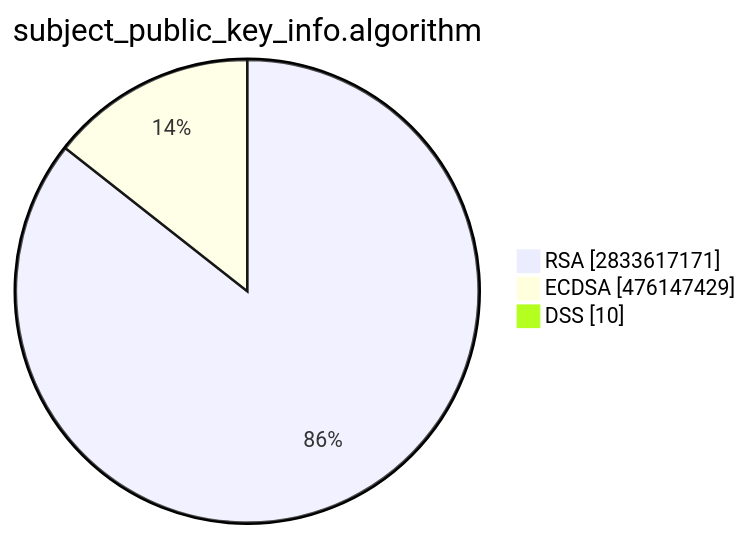
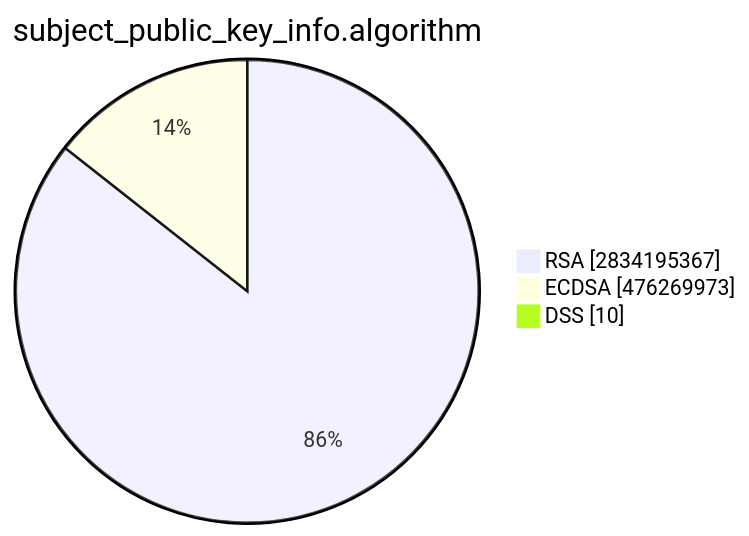
One commit to christiankrug/ctmonitor_visualization changed the second of 15 diagrams in TOTAL/README.md. Above: the diagram before and after it, drawn with Mermaid. The commit also changed other lines of this file, not shown here.

````diff
--- a/TOTAL/README.md
+++ b/TOTAL/README.md
@@ -6,7 +6,7 @@
 ```mermaid
 pie showData
 title subject_public_key_info.algorithm
-"RSA" :2833617171
-"ECDSA" :476147429
+"RSA" :2834195367
+"ECDSA" :476269973
 "DSS" :10
 ```
````
